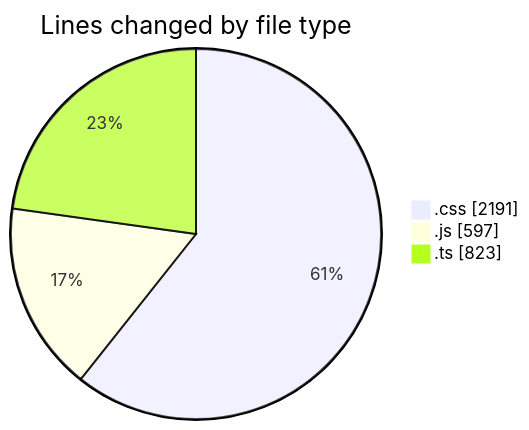
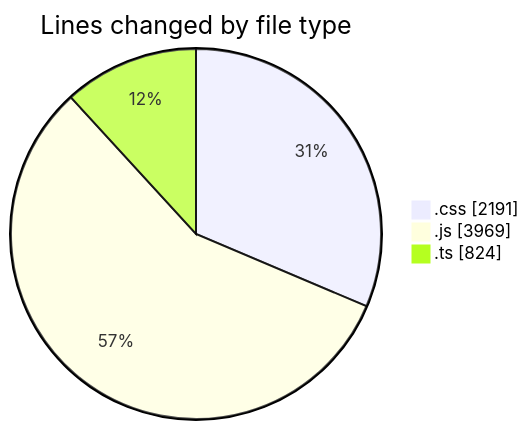
Before and after one commit to tmsrecording-cyber/code-tracking: the first of 2 diagrams in 2026-04-24/darkwire/README.md, drawn with Mermaid. The commit also changed other lines of this file and 1 other file, not shown here.

````diff
--- a/2026-04-24/darkwire/README.md
+++ b/2026-04-24/darkwire/README.md
@@ -25,7 +28,7 @@
 ```mermaid
 pie showData
 title Lines changed by file type
 ".css" : 2191
-".js" : 597
-".ts" : 823
+".js" : 3969
+".ts" : 824
 ```
````
